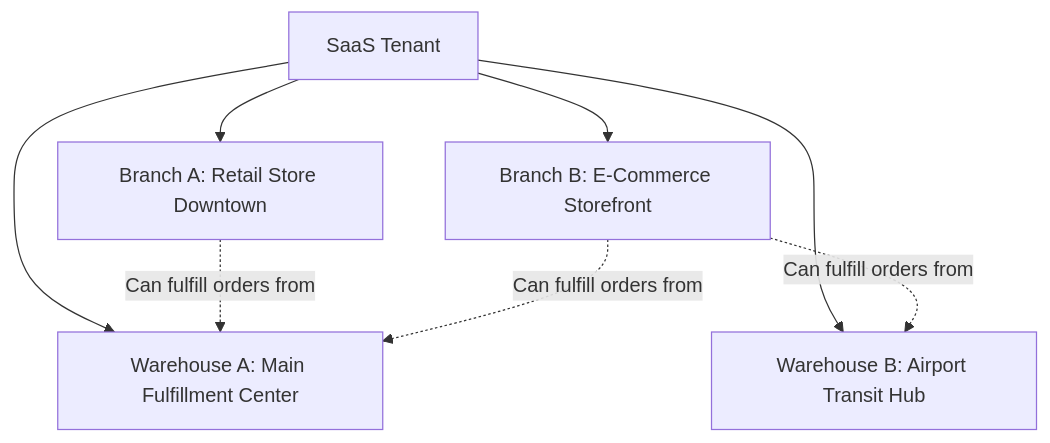
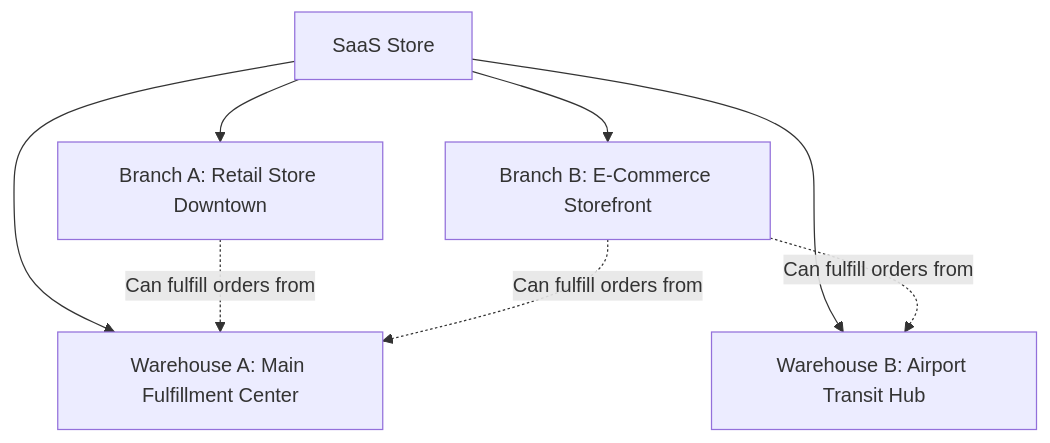
One commit to gowtamkumar/eCommerce-multi-store-saas-erp changed the second of 5 diagrams in doc/developer/erp_deeper_understand_guide.md. Above: the diagram before and after it, drawn with Mermaid. The commit also changed other lines of this file and 764 other files, not shown here.

````diff
--- a/doc/developer/erp_deeper_understand_guide.md
+++ b/doc/developer/erp_deeper_understand_guide.md
@@ -110,12 +110,12 @@
 ```mermaid
 graph TD
-    Tenant[SaaS Tenant]
-    Tenant --> BranchA[Branch A: Retail Store Downtown]
-    Tenant --> BranchB[Branch B: E-Commerce Storefront]
-    Tenant --> WarehouseA[Warehouse A: Main Fulfillment Center]
-    Tenant --> WarehouseB[Warehouse B: Airport Transit Hub]
+    Store[SaaS Store]
+    Store --> BranchA[Branch A: Retail Store Downtown]
+    Store --> BranchB[Branch B: E-Commerce Storefront]
+    Store --> WarehouseA[Warehouse A: Main Fulfillment Center]
+    Store --> WarehouseB[Warehouse B: Airport Transit Hub]
     
     BranchA -. Can fulfill orders from .-> WarehouseA
     BranchB -. Can fulfill orders from .-> WarehouseA
     BranchB -. Can fulfill orders from .-> WarehouseB
 ```
````
